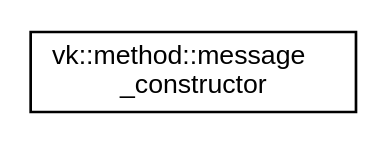
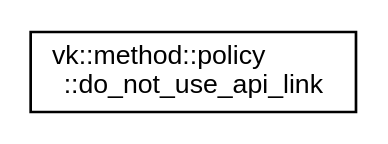
Before and after one commit to edgjj/cpp_vk_lib: the diagram in docs/inherit_graph_25.dot, drawn with Graphviz. The commit also changed 516 other files, not shown here.

Commit message:
method helper functions moved do method constructors

```diff
--- a/docs/inherit_graph_25.dot
+++ b/docs/inherit_graph_25.dot
@@ -1,8 +1,8 @@
 digraph "Graphical Class Hierarchy"
 {
  // LATEX_PDF_SIZE
   edge [fontname="Helvetica",fontsize="10",labelfontname="Helvetica",labelfontsize="10"];
   node [fontname="Helvetica",fontsize="10",shape=record];
   rankdir="LR";
-  Node0 [label="vk::method::message\l_constructor",height=0.2,width=0.4,color="black", fillcolor="white", style="filled",URL="$classvk_1_1method_1_1message__constructor.html",tooltip="Helper to work with message.send method."];
+  Node0 [label="vk::method::policy\l::do_not_use_api_link",height=0.2,width=0.4,color="black", fillcolor="white", style="filled",URL="$structvk_1_1method_1_1policy_1_1do__not__use__api__link.html",tooltip=" "];
 }
```
